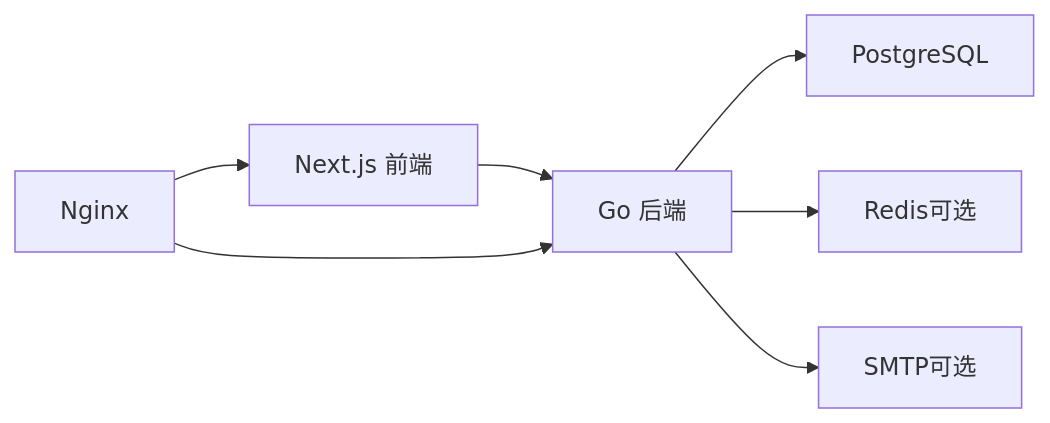
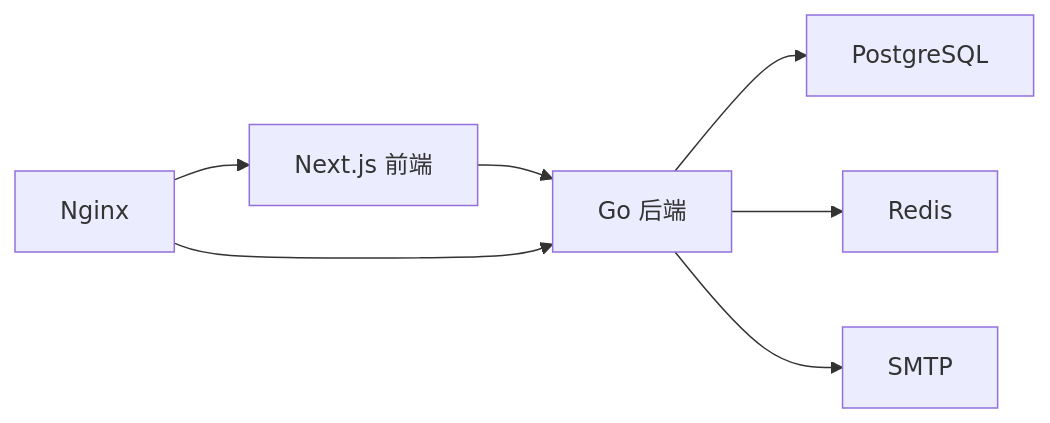
Before and after one commit to alvinwangzi/goodhr: the eighth of 8 diagrams in .qoder/repowiki/zh/content/部署指南/部署指南.md, drawn with Mermaid. The commit also changed other lines of this file and 91 other files, not shown here.

````diff
--- a/.qoder/repowiki/zh/content/部署指南/部署指南.md
+++ b/.qoder/repowiki/zh/content/部署指南/部署指南.md
@@ -294,9 +352,9 @@
 ```mermaid
 graph LR
 BE["Go 后端"] --> PG["PostgreSQL"]
-BE --> RD["Redis可选"]
-BE --> SM["SMTP可选"]
+BE --> RD["Redis"]
+BE --> SM["SMTP"]
 FE["Next.js 前端"] --> BE
 NG["Nginx"] --> FE
 NG --> BE
 ```
````
